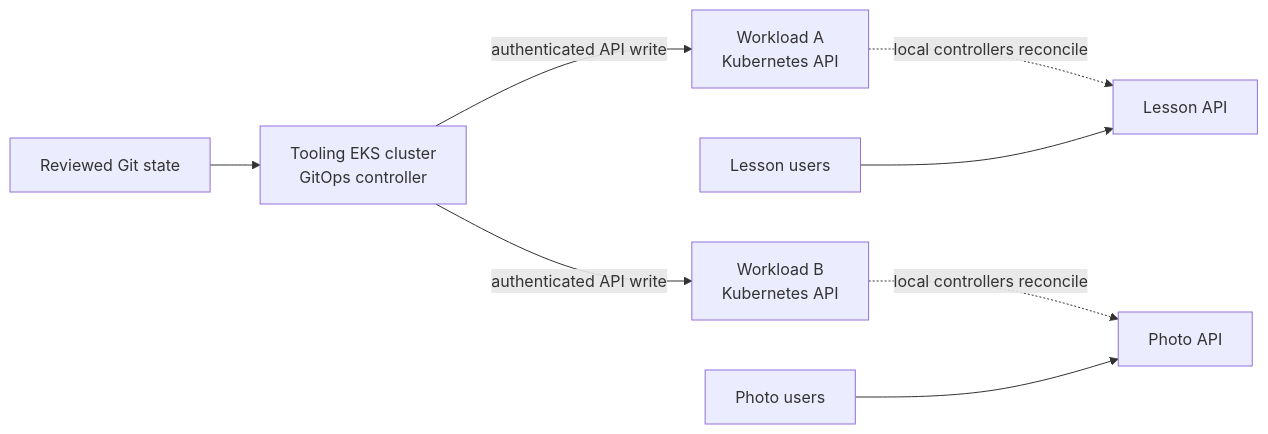
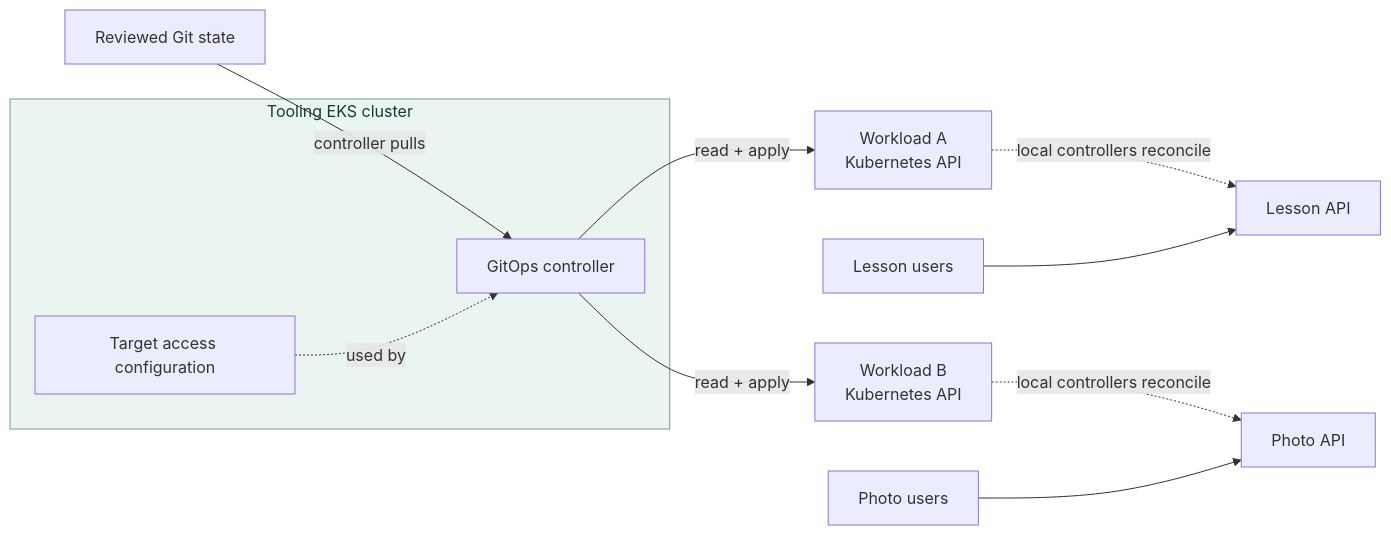
Before and after one commit to David-A18/MY-humble-knowledge-for-everyone: the diagram in knowledge/cross-topic-guides/eks-tooling-cluster-architecture.md, drawn with Mermaid. The commit also changed other lines of this file and 8 other files, not shown here.

Commit message:
Clarify EKS tooling cluster access and recovery

````diff
--- a/knowledge/cross-topic-guides/eks-tooling-cluster-architecture.md
+++ b/knowledge/cross-topic-guides/eks-tooling-cluster-architecture.md
@@ -85,10 +144,15 @@
 ```mermaid
 flowchart LR
-  git["Reviewed Git state"] --> tooling["Tooling EKS cluster<br/>GitOps controller"]
-  tooling -- "authenticated API write" --> apiA["Workload A<br/>Kubernetes API"]
-  tooling -- "authenticated API write" --> apiB["Workload B<br/>Kubernetes API"]
+  git["Reviewed Git state"] -- "controller pulls" --> tooling
+  subgraph hub["Tooling EKS cluster"]
+    tooling["GitOps controller"]
+    access["Target access configuration"] -. "used by" .-> tooling
+  end
+  style hub fill:#eaf4f1,stroke:#6f9e91,color:#173b33
+  tooling -- "read + apply" --> apiA["Workload A<br/>Kubernetes API"]
+  tooling -- "read + apply" --> apiB["Workload B<br/>Kubernetes API"]
   apiA -. "local controllers reconcile" .-> appA["Lesson API"]
   apiB -. "local controllers reconcile" .-> appB["Photo API"]
   userA["Lesson users"] --> appA
   userB["Photo users"] --> appB
 ```
````
